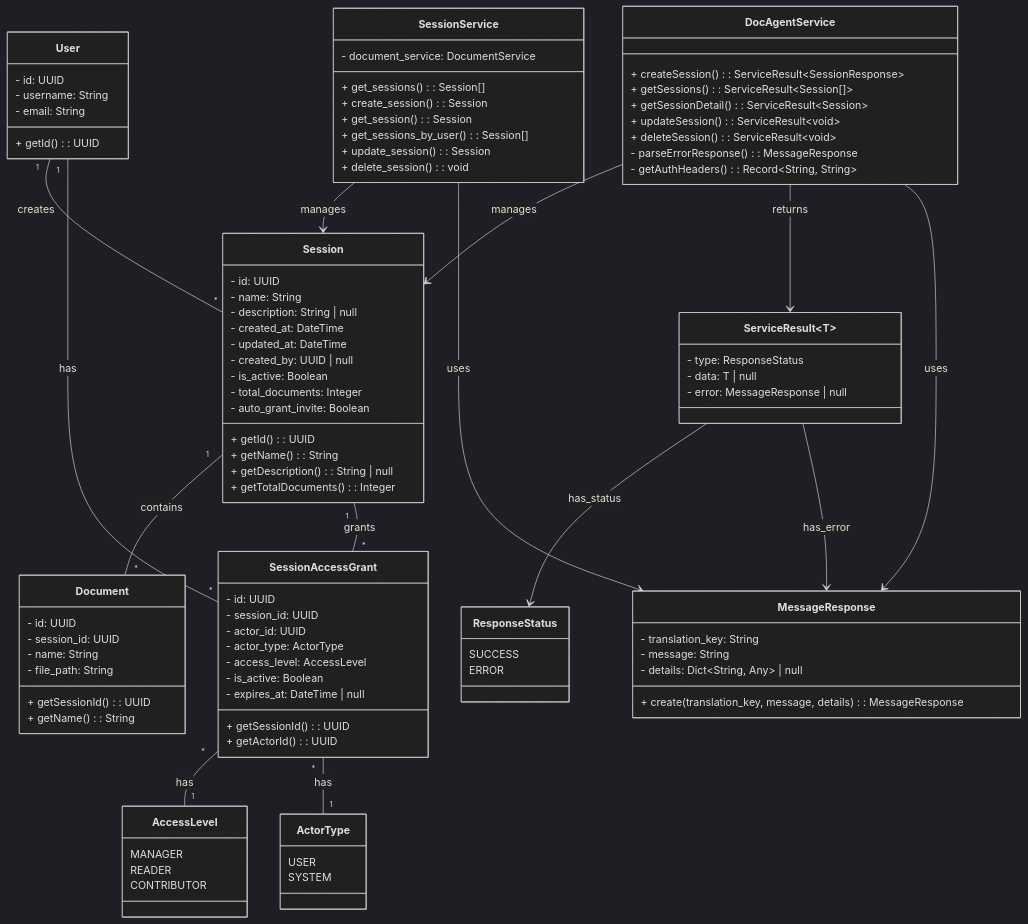
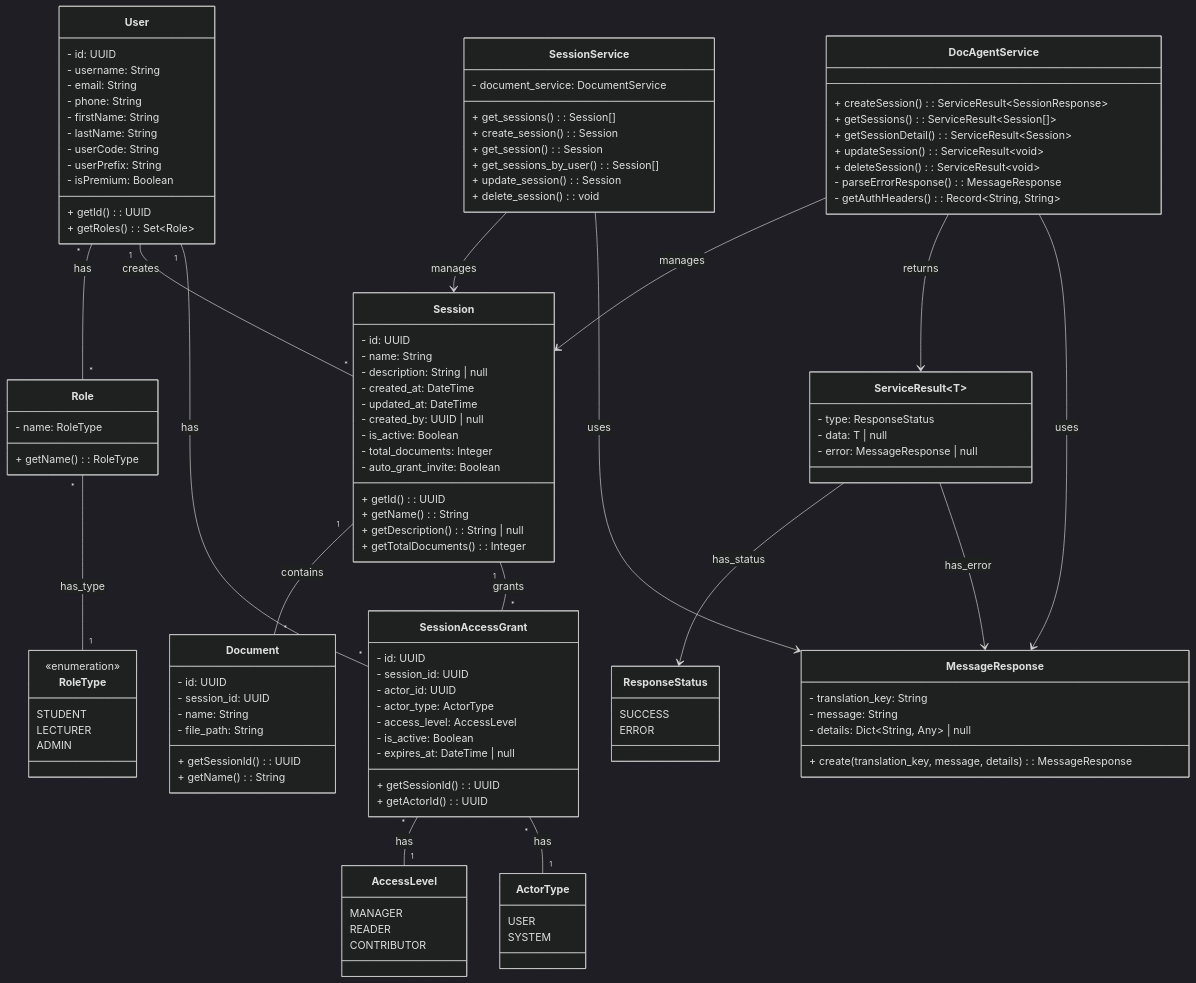
Before and after one commit to mduc-2610/gp_doc: the diagram in session/3_session_management_cs_diagram.md, drawn with Mermaid (dark theme). The commit also changed other lines of this file and 12 other files, not shown here.

Commit message:
refactor scenario and sequence

```diff
--- a/session/3_session_management_cs_diagram.md
+++ b/session/3_session_management_cs_diagram.md
@@ -6,7 +6,26 @@
         - id: UUID
         - username: String
         - email: String
+        - phone: String
+        - firstName: String
+        - lastName: String
+        - userCode: String
+        - userPrefix: String
+        - isPremium: Boolean
         + getId(): UUID
+        + getRoles(): Set~Role~
+    }
+
+    class Role {
+        - name: RoleType
+        + getName(): RoleType
+    }
+
+    class RoleType {
+        <<enumeration>>
+        STUDENT
+        LECTURER
+        ADMIN
     }
 
     class Session {
@@ -96,6 +115,8 @@
     }
 
     %% Relationships
+    User "*" -- "*" Role : has
+    Role "*" -- "1" RoleType : has_type
     User "1" -- "*" Session : creates
     User "1" -- "*" SessionAccessGrant : has
     Session "1" -- "*" Document : contains
```
